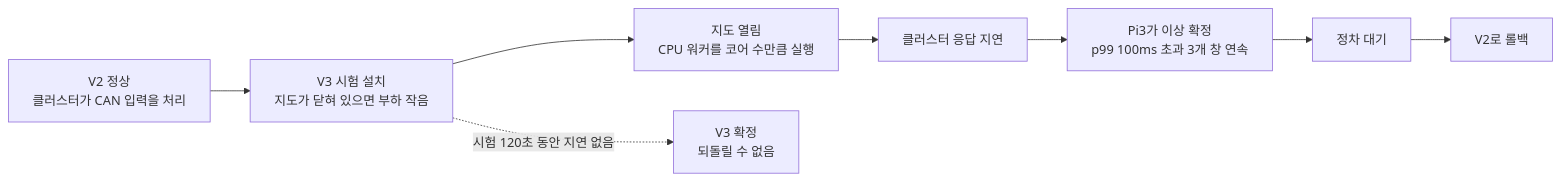
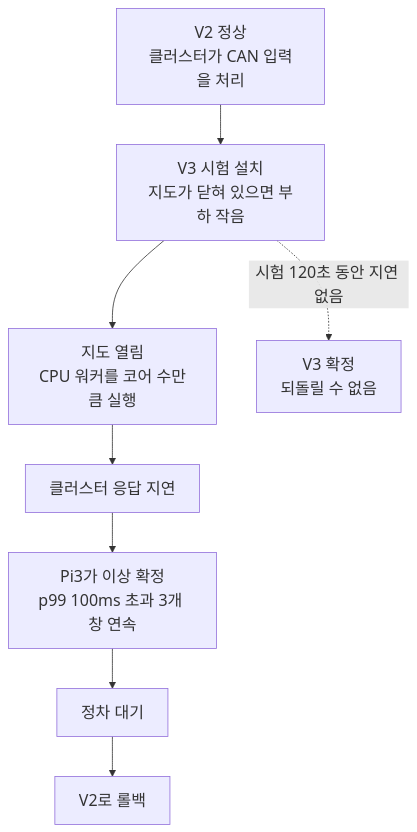
Before and after one commit to jsy202/CAPSTONE_OTA: the second of 3 diagrams in README.md, drawn with Mermaid. The commit also changed other lines of this file, not shown here.

Commit message:
docs(readme): 다이어그램을 단순하게 줄여 GitHub에서 더 크게 보이게 함

````diff
--- a/README.md
+++ b/README.md
@@ -73,10 +60,11 @@
 ```mermaid
-flowchart LR
+%%{init: {"themeVariables": {"fontSize": "20px"}}}%%
+flowchart TB
   A["V2 정상<br/>클러스터가 CAN 입력을 처리"] --> B["V3 시험 설치<br/>지도가 닫혀 있으면 부하 작음"]
   B --> C["지도 열림<br/>CPU 워커를 코어 수만큼 실행"]
   C --> D["클러스터 응답 지연"]
   D --> E["Pi3가 이상 확정<br/>p99 100ms 초과 3개 창 연속"]
   E --> F["정차 대기"]
   F --> G["V2로 롤백"]
   B -. "시험 120초 동안 지연 없음" .-> H["V3 확정<br/>되돌릴 수 없음"]
 ```
````
